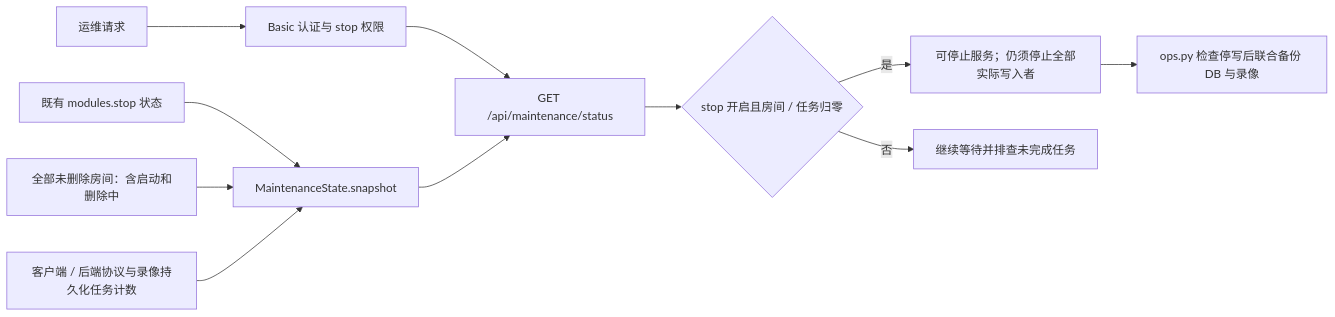
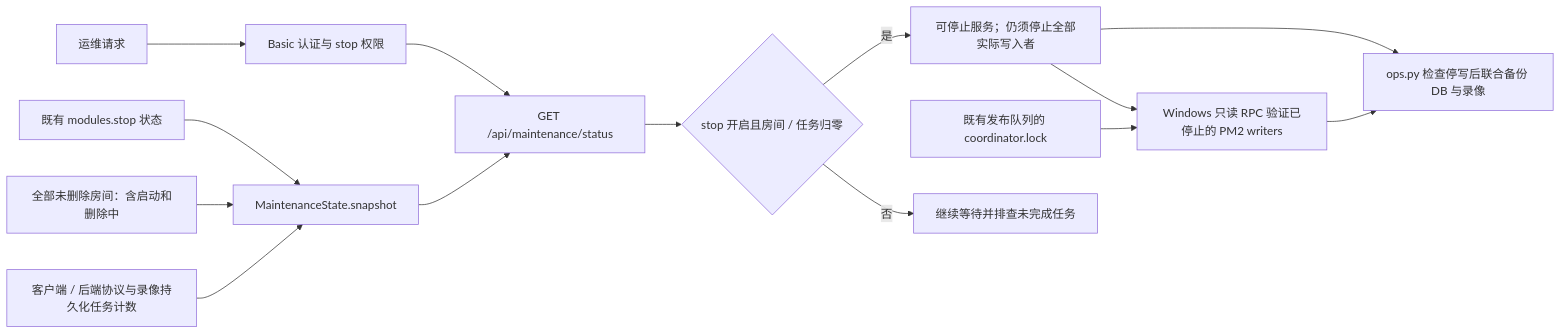
Before and after one commit to 301zrg/srvprotianti: the second of 10 diagrams in docs/ARCHITECTURE.md, drawn with Mermaid. The commit also changed other lines of this file and 44 other files, not shown here.

````diff
--- a/docs/ARCHITECTURE.md
+++ b/docs/ARCHITECTURE.md
@@ -100,13 +103,16 @@
 ```mermaid
 flowchart LR
   Admin[运维请求] --> Auth[Basic 认证与 stop 权限]
   Auth --> Status[GET /api/maintenance/status]
   Stop[既有 modules.stop 状态] --> Snapshot[MaintenanceState.snapshot]
   Rooms[全部未删除房间：含启动和删除中] --> Snapshot
   Tasks[客户端 / 后端协议与录像持久化任务计数] --> Snapshot
   Snapshot --> Status
   Status --> Ready{stop 开启且房间 / 任务归零}
   Ready -->|是| Halt[可停止服务；仍须停止全部实际写入者]
   Halt --> Check[ops.py 检查停写后联合备份 DB 与录像]
+  Queue[既有发布队列的 coordinator.lock] --> PM2[Windows 只读 RPC 验证已停止的 PM2 writers]
+  Halt --> PM2
+  PM2 --> Check
   Ready -->|否| Wait[继续等待并排查未完成任务]
 ```
````
